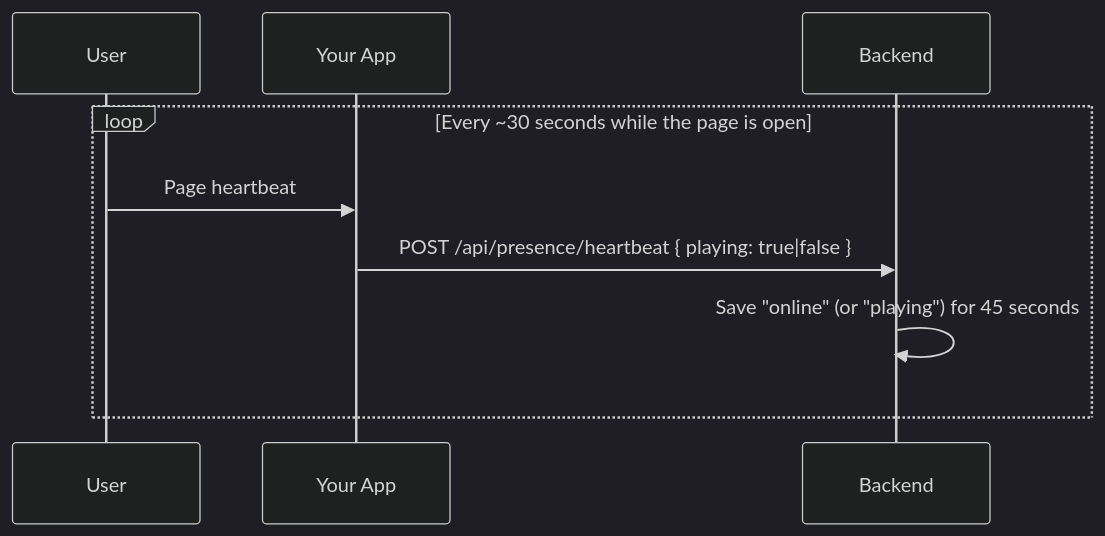
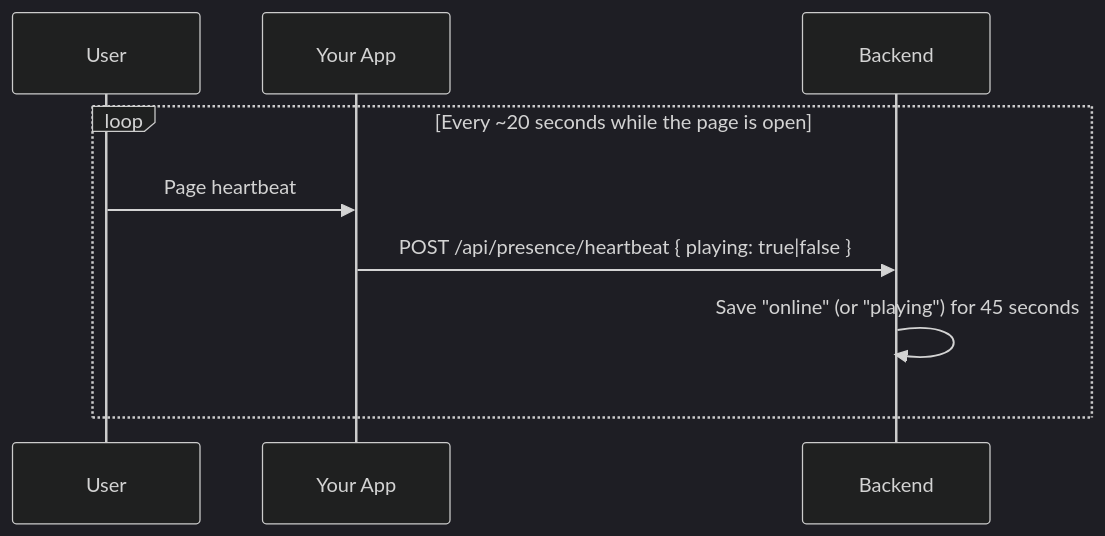
Before and after one commit to JaxzTan/ft_transcendence: the first of 2 diagrams in docs/backend/backend-presence-module.md, drawn with Mermaid (dark theme). The commit also changed other lines of this file and 30 other files, not shown here.

````diff
--- a/docs/backend/backend-presence-module.md
+++ b/docs/backend/backend-presence-module.md
@@ -78,12 +79,12 @@
 ```mermaid
 sequenceDiagram
     participant User
     participant Site as Your App
     participant Server as Backend
 
-    loop Every ~30 seconds while the page is open
+    loop Every ~20 seconds while the page is open
         User->>Site: Page heartbeat
         Site->>Server: POST /api/presence/heartbeat { playing: true|false }
         Server->>Server: Save "online" (or "playing") for 45 seconds
     end
 ```
````
